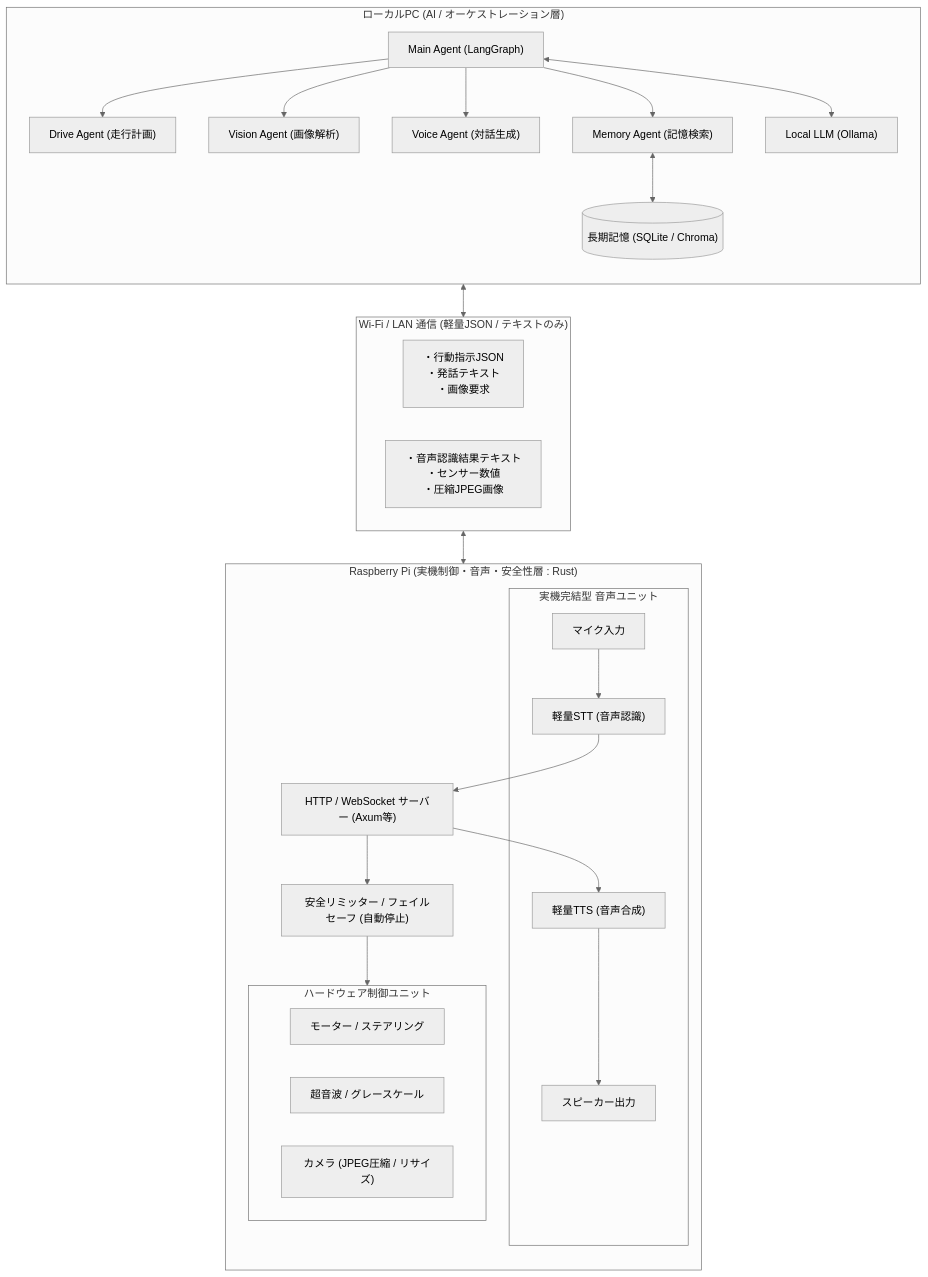
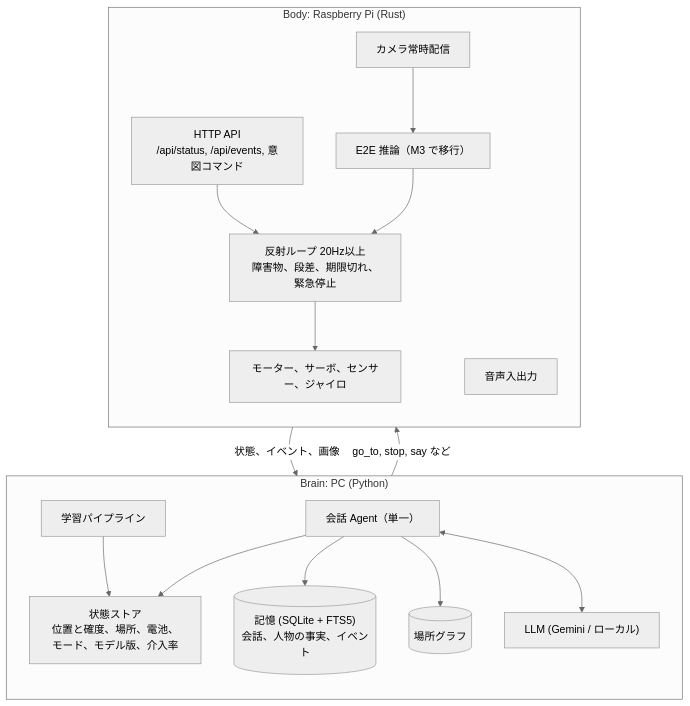
Before and after one commit to Yuyta/E2E_Driving_PicarX_rspi: the diagram in agentic_ai_architecture_policy.md, drawn with Mermaid (neutral theme). The commit also changed other lines of this file and 6 other files, not shown here.

First line of the commit message:
docs: align specs and roadmap with the implementation and project goal

````diff
--- a/agentic_ai_architecture_policy.md
+++ b/agentic_ai_architecture_policy.md
@@ -21,48 +24,36 @@
 ```mermaid
 flowchart TB
-    subgraph LocalPC["ローカルPC (AI / オーケストレーション層)"]
+    subgraph Brain["Brain: PC (Python)"]
         direction TB
-        MainAgent["Main Agent (LangGraph)"]
-        SubDrive["Drive Agent (走行計画)"]
-        SubVision["Vision Agent (画像解析)"]
-        SubVoice["Voice Agent (対話生成)"]
-        SubMemory["Memory Agent (記憶検索)"]
-        
-        OllamaLocal["Local LLM (Ollama)"]
-        LocalDB[("長期記憶 (SQLite / Chroma)")]
-        
-        MainAgent --> SubDrive & SubVision & SubVoice & SubMemory
-        MainAgent <--> OllamaLocal
-        SubMemory <--> LocalDB
+        Agent["会話 Agent（単一）"]
+        State["状態ストア<br>位置と確度、場所、電池、モード、モデル版、介入率"]
+        Memory[("記憶 (SQLite + FTS5)<br>会話、人物の事実、イベント")]
+        Places[("場所グラフ")]
+        Train["学習パイプライン"]
+        LLM["LLM (Gemini / ローカル)"]
+
+        Agent --> State
+        Agent --> Memory
+        Agent --> Places
+        Agent <--> LLM
+        Train --> State
     end
 
-    subgraph Network["Wi-Fi / LAN 通信 (軽量JSON / テキストのみ)"]
-        direction LR
-        Req["・行動指示JSON\n・発話テキスト\n・画像要求"] 
-        Resp["・音声認識結果テキスト\n・センサー数値\n・圧縮JPEG画像"]
+    subgraph Body["Body: Raspberry Pi (Rust)"]
+        direction TB
+        API["HTTP API<br>/api/status, /api/events, 意図コマンド"]
+        Reflex["反射ループ 20Hz以上<br>障害物、段差、期限切れ、緊急停止"]
+        Drive["E2E 推論（M3 で移行）"]
+        Camera["カメラ常時配信"]
+        Audio["音声入出力"]
+        HW["モーター、サーボ、センサー、ジャイロ"]
+
+        API --> Reflex
+        Drive --> Reflex
+        Camera --> Drive
+        Reflex --> HW
     end
 
-    subgraph RaspberryPi["Raspberry Pi (実機制御・音声・安全性層 : Rust)"]
-        direction TB
-        APIServer["HTTP / WebSocket サーバー (Axum等)"]
-        SafetyGuard["安全リミッター / フェイルセーフ (自動停止)"]
-        
-        subgraph AudioUnit["実機完結型 音声ユニット"]
-            Mic["マイク入力"] --> STT["軽量STT (音声認識)"]
-            TTS["軽量TTS (音声合成)"] --> Speaker["スピーカー出力"]
-        end
-        
-        subgraph HardwareUnit["ハードウェア制御ユニット"]
-            PicarxHW["モーター / ステアリング"]
-            SensorHW["超音波 / グレースケール"]
-            CameraHW["カメラ (JPEG圧縮 / リサイズ)"]
-        end
-
-        APIServer --> SafetyGuard
-        SafetyGuard --> HardwareUnit
-        STT --> APIServer
-        APIServer --> TTS
-    end
-
-    LocalPC <--> Network <--> RaspberryPi
+    Agent -- "go_to, stop, say など" --> API
+    API -- "状態、イベント、画像" --> State
 ```
````
